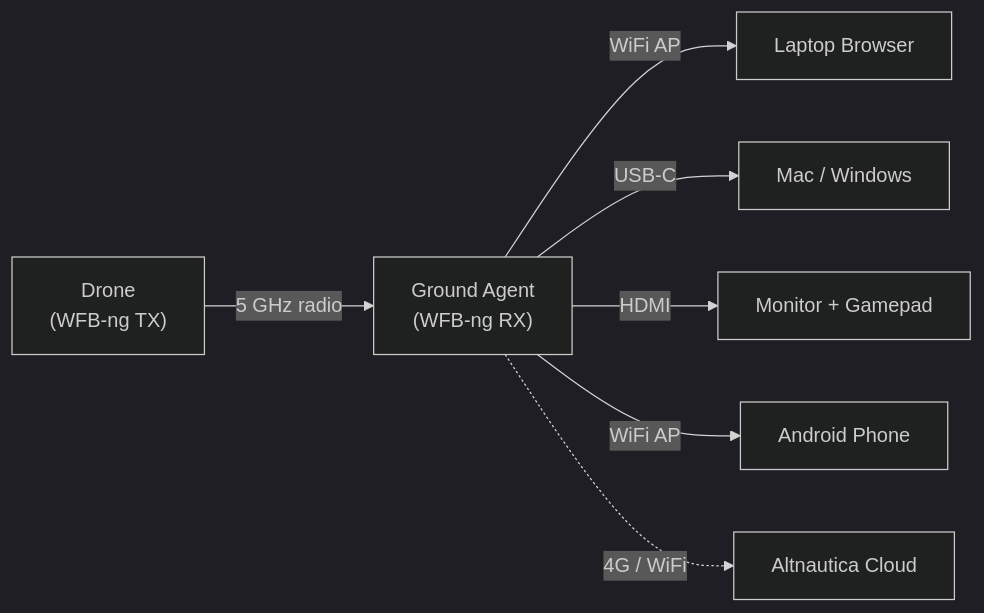
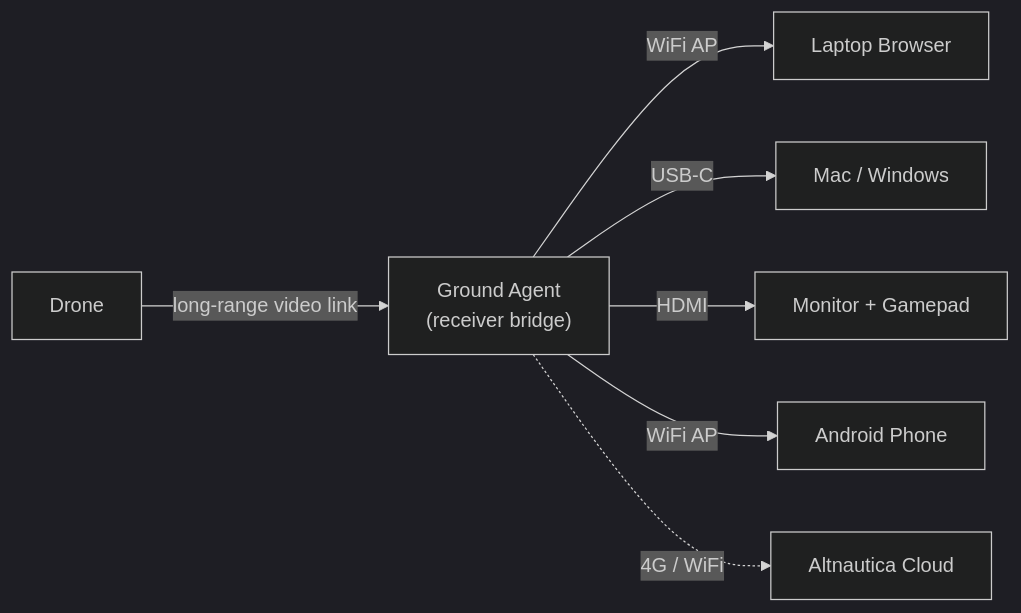
The diagram in ground-agent/overview.mdx (altnautica/Documentation), drawn with Mermaid before and after one commit. The commit also changed other lines of this file and 11 other files, not shown here.

First line of the commit message:
docs: add power and runtime guide for ground agent

````diff
--- a/ground-agent/overview.mdx
+++ b/ground-agent/overview.mdx
@@ -29,10 +31,10 @@
 ```mermaid
 %%{init: {'theme': 'dark'}}%%
 flowchart LR
-    Drone["Drone<br/>(WFB-ng TX)"] -->|5 GHz radio| GS["Ground Agent<br/>(WFB-ng RX)"]
+    Drone["Drone"] -->|long-range video link| GS["Ground Agent<br/>(receiver bridge)"]
     GS -->|WiFi AP| Laptop["Laptop Browser"]
     GS -->|USB-C| Mac["Mac / Windows"]
     GS -->|HDMI| Monitor["Monitor + Gamepad"]
     GS -->|WiFi AP| Phone["Android Phone"]
     GS -.->|4G / WiFi| Cloud["Altnautica Cloud"]
 ```
````
